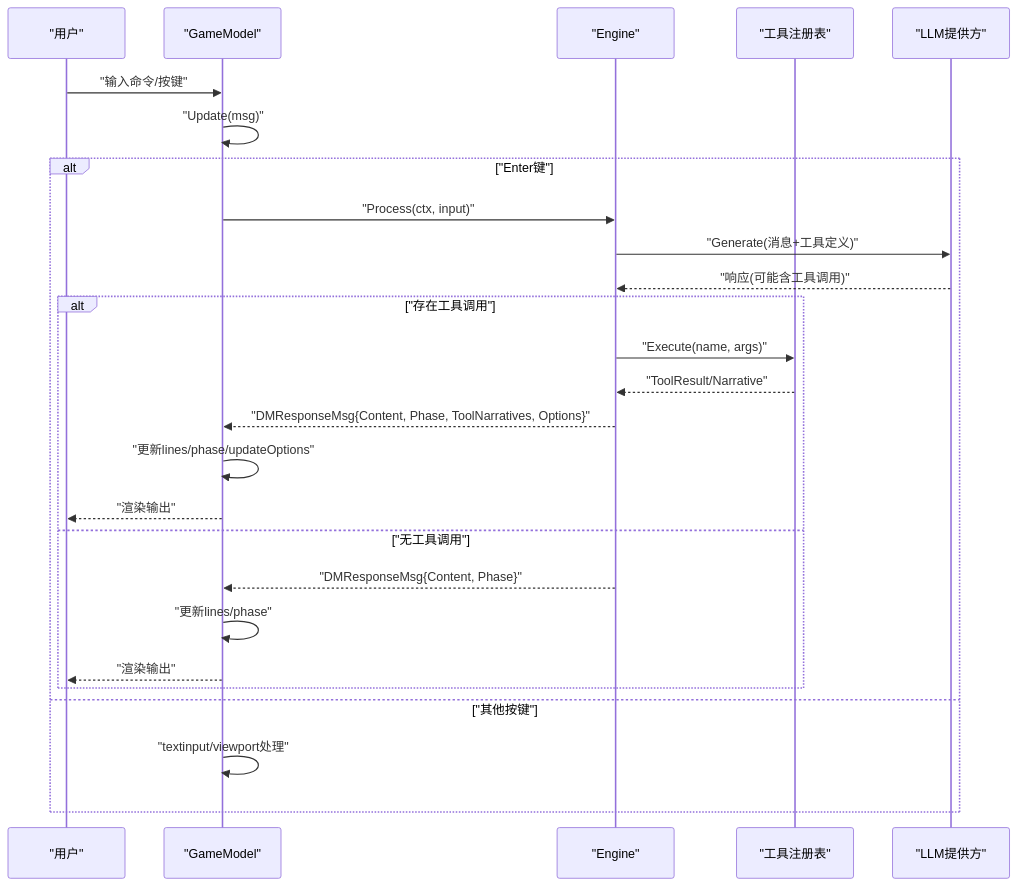
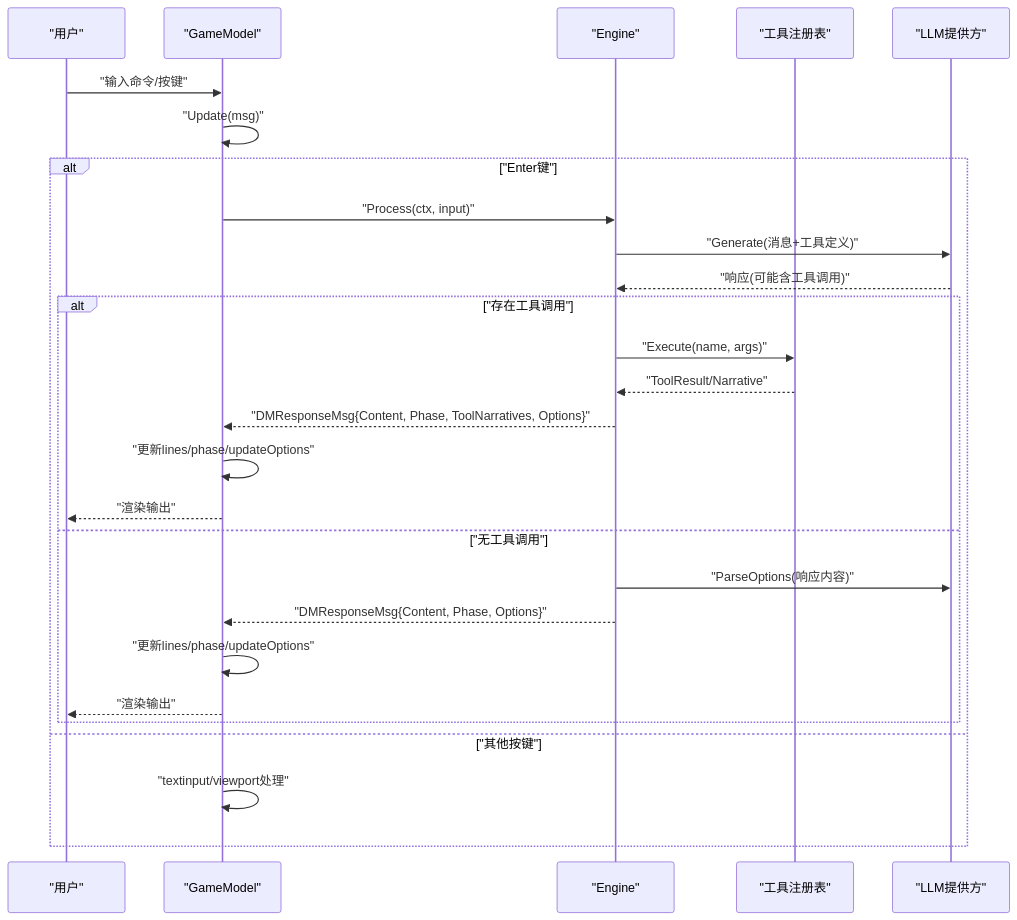
One commit to zwh8800/cdnd changed the second of 6 diagrams in .qoder/repowiki/zh/content/用户界面/用户界面.md. Above: the diagram before and after it, drawn with Mermaid. The commit also changed other lines of this file and 6 other files, not shown here.

````diff
--- a/.qoder/repowiki/zh/content/用户界面/用户界面.md
+++ b/.qoder/repowiki/zh/content/用户界面/用户界面.md
@@ -118,28 +118,29 @@
 ```mermaid
 sequenceDiagram
 participant User as "用户"
 participant UI as "GameModel"
 participant Engine as "Engine"
 participant Tools as "工具注册表"
 participant LLM as "LLM提供方"
 User->>UI : "输入命令/按键"
 UI->>UI : "Update(msg)"
 alt "Enter键"
 UI->>Engine : "Process(ctx, input)"
 Engine->>LLM : "Generate(消息+工具定义)"
 LLM-->>Engine : "响应(可能含工具调用)"
 alt "存在工具调用"
 Engine->>Tools : "Execute(name, args)"
 Tools-->>Engine : "ToolResult/Narrative"
 Engine-->>UI : "DMResponseMsg{Content, Phase, ToolNarratives, Options}"
 UI->>UI : "更新lines/phase/updateOptions"
 UI-->>User : "渲染输出"
 else "无工具调用"
-Engine-->>UI : "DMResponseMsg{Content, Phase}"
-UI->>UI : "更新lines/phase"
+Engine->>LLM : "ParseOptions(响应内容)"
+Engine-->>UI : "DMResponseMsg{Content, Phase, Options}"
+UI->>UI : "更新lines/phase/updateOptions"
 UI-->>User : "渲染输出"
 end
 else "其他按键"
 UI->>UI : "textinput/viewport处理"
 end
 ```
````
